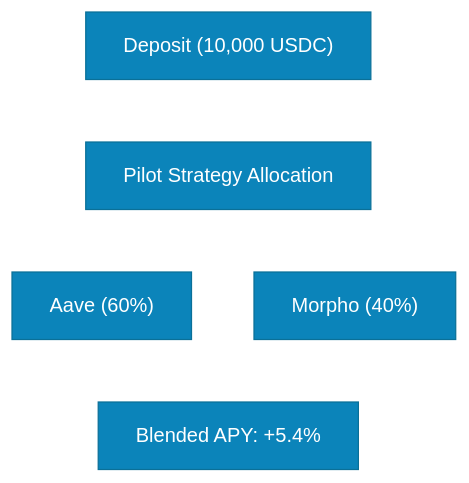
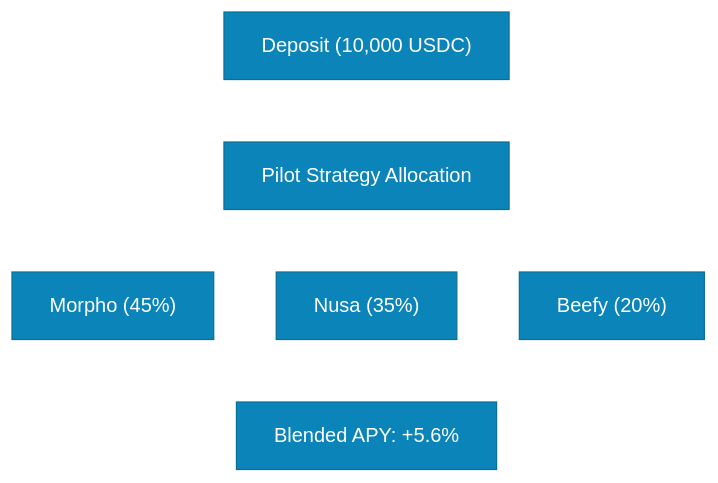
Before and after one commit to super-cluster-lisk/docs: the diagram in docs/user-flow/yield-accrual.md, drawn with Mermaid. The commit also changed other lines of this file and 12 other files, not shown here.

````diff
--- a/docs/user-flow/yield-accrual.md
+++ b/docs/user-flow/yield-accrual.md
@@ -25,15 +25,18 @@
 ```mermaid
 %%{init: {'theme':'base', 'themeVariables': { 'primaryColor':'#0b84ba','primaryTextColor':'#ffffff','primaryBorderColor':'#0a7098','lineColor':'#ffffff','secondaryColor':'#0a7098','tertiaryColor':'#08506e'}}}%%
 flowchart TD
    A["Deposit (10,000 USDC)"]
    B["Pilot Strategy Allocation"]
-   C["Aave (60%)"]
-   D["Morpho (40%)"]
-   E["Blended APY: +5.4%"]
+   C["Morpho (45%)"]
+   D["Nusa (35%)"]
+   E["Beefy (20%)"]
+   F["Blended APY: +5.6%"]
 
    A --> B
    B --> C
    B --> D
-   C --> E
-   D --> E
+   B --> E
+   C --> F
+   D --> F
+   E --> F
 ```
````
